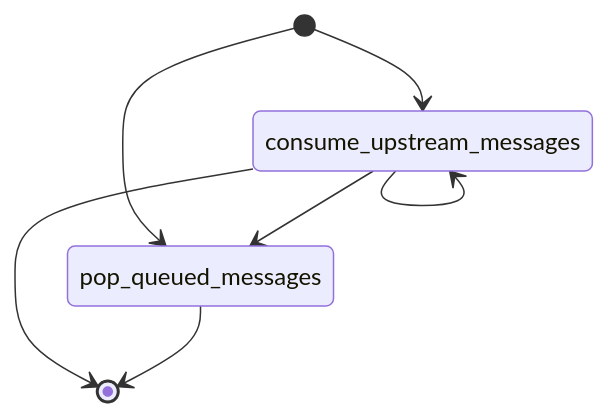
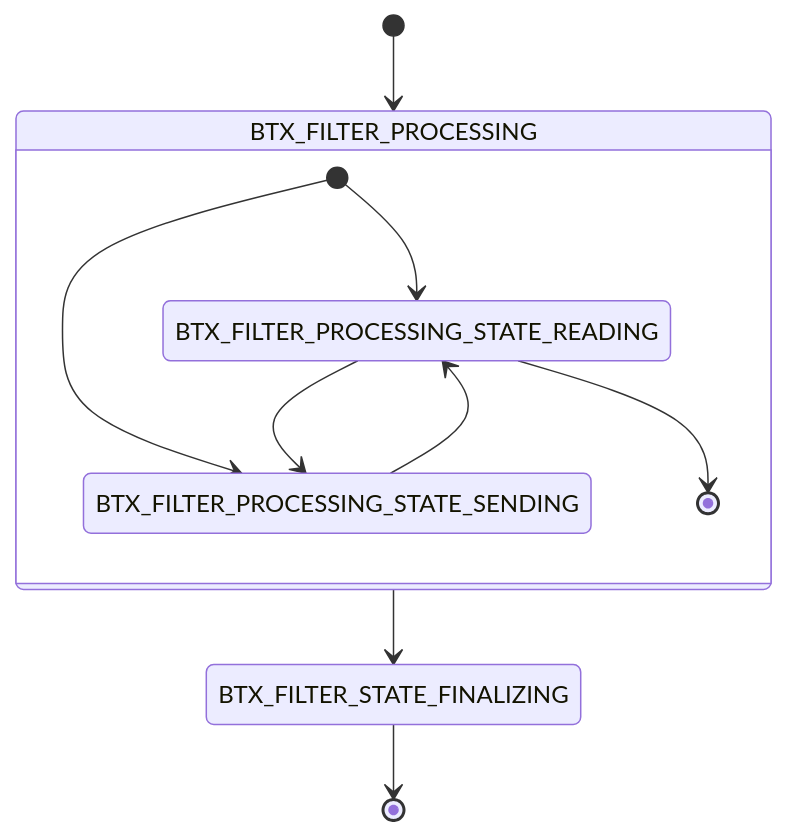
The third of 4 diagrams in README.md (TApplencourt/metababel), drawn with Mermaid before and after one commit.

````diff
--- a/README.md
+++ b/README.md
@@ -53,9 +53,13 @@
 ```mermaid
 stateDiagram-v2
-    [*] --> pop_queued_messages
-    [*] --> consume_upstream_messages
-    consume_upstream_messages --> [*]
-    pop_queued_messages --> [*]
-    consume_upstream_messages -->  consume_upstream_messages
-    consume_upstream_messages --> pop_queued_messages
+    [*] --> BTX_FILTER_PROCESSING
+    state BTX_FILTER_PROCESSING {
+        [*] --> BTX_FILTER_PROCESSING_STATE_READING
+        [*] --> BTX_FILTER_PROCESSING_STATE_SENDING
+	BTX_FILTER_PROCESSING_STATE_SENDING --> BTX_FILTER_PROCESSING_STATE_READING
+    	BTX_FILTER_PROCESSING_STATE_READING --> BTX_FILTER_PROCESSING_STATE_SENDING
+	BTX_FILTER_PROCESSING_STATE_READING --> [*]
+    }
+    BTX_FILTER_PROCESSING --> BTX_FILTER_STATE_FINALIZING
+    BTX_FILTER_STATE_FINALIZING --> [*]
 ```
````
